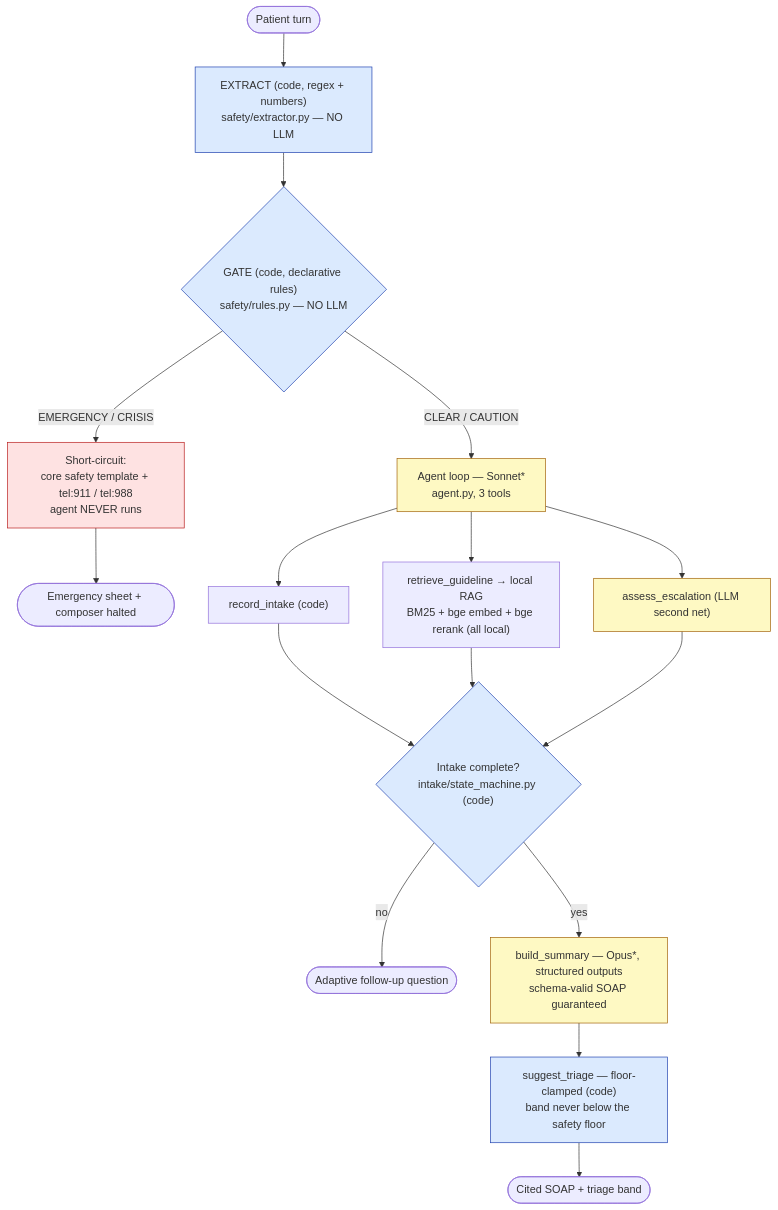
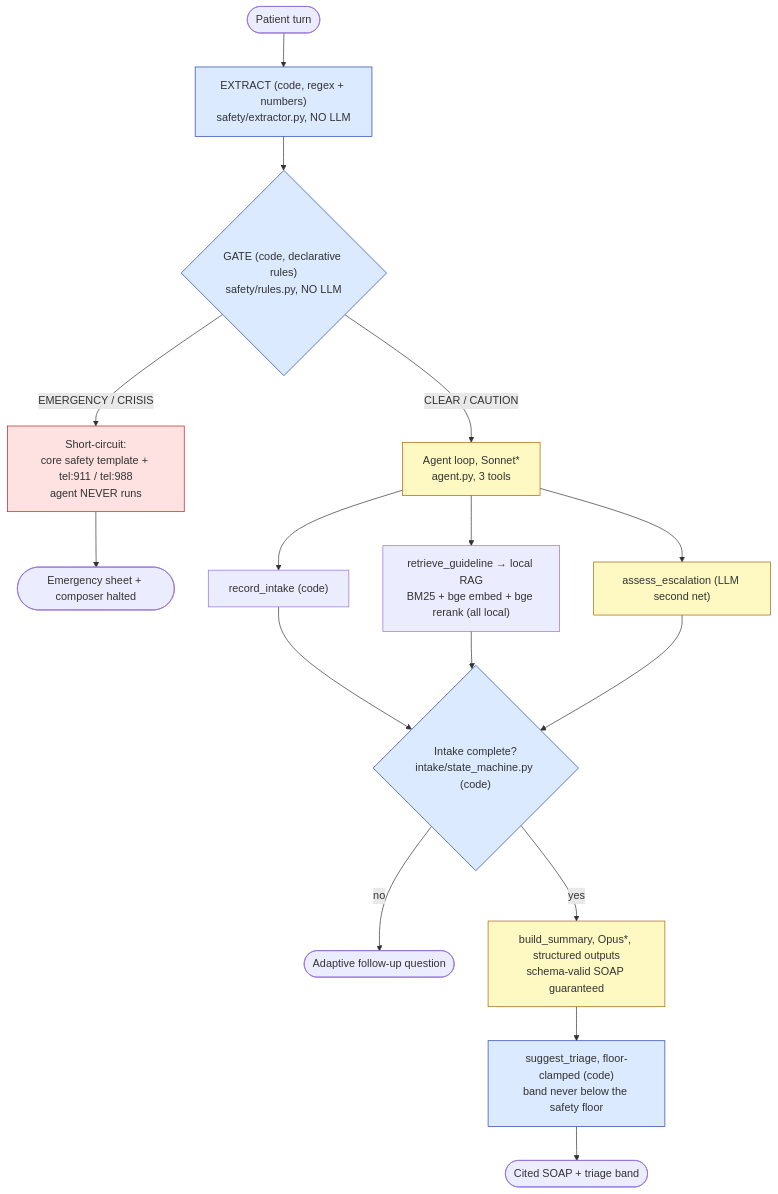
One commit to dataraptor/scribeintake changed the first of 3 diagrams in docs/architecture.md. Above: the diagram before and after it, drawn with Mermaid. The commit also changed other lines of this file and 28 other files, not shown here.

````diff
--- a/docs/architecture.md
+++ b/docs/architecture.md
@@ -17,29 +16,29 @@
 ```mermaid
 flowchart TD
-    P([Patient turn]) --> EX["EXTRACT (code, regex + numbers)<br/>safety/extractor.py — NO LLM"]
-    EX --> GATE{"GATE (code, declarative rules)<br/>safety/rules.py — NO LLM"}
+    P([Patient turn]) --> EX["EXTRACT (code, regex + numbers)<br/>safety/extractor.py, NO LLM"]
+    EX --> GATE{"GATE (code, declarative rules)<br/>safety/rules.py, NO LLM"}
 
     GATE -- "EMERGENCY / CRISIS" --> SC["Short-circuit:<br/>core safety template + tel:911 / tel:988<br/>agent NEVER runs"]
     SC --> HALT([Emergency sheet + composer halted])
 
-    GATE -- "CLEAR / CAUTION" --> AG["Agent loop — Sonnet*<br/>agent.py, 3 tools"]
+    GATE -- "CLEAR / CAUTION" --> AG["Agent loop, Sonnet*<br/>agent.py, 3 tools"]
     AG --> T1["record_intake (code)"]
     AG --> T2["retrieve_guideline → local RAG<br/>BM25 + bge embed + bge rerank (all local)"]
     AG --> T3["assess_escalation (LLM second net)"]
     T1 --> CMP{"Intake complete?<br/>intake/state_machine.py (code)"}
     T2 --> CMP
     T3 --> CMP
     CMP -- no --> Q([Adaptive follow-up question])
-    CMP -- yes --> BS["build_summary — Opus*, structured outputs<br/>schema-valid SOAP guaranteed"]
-    BS --> TR["suggest_triage — floor-clamped (code)<br/>band never below the safety floor"]
+    CMP -- yes --> BS["build_summary, Opus*, structured outputs<br/>schema-valid SOAP guaranteed"]
+    BS --> TR["suggest_triage, floor-clamped (code)<br/>band never below the safety floor"]
     TR --> OUT([Cited SOAP + triage band])
 
     style EX fill:#dbeafe,stroke:#1e40af
     style GATE fill:#dbeafe,stroke:#1e40af
     style SC fill:#fee2e2,stroke:#b91c1c
     style CMP fill:#dbeafe,stroke:#1e40af
     style TR fill:#dbeafe,stroke:#1e40af
     style AG fill:#fef9c3,stroke:#a16207
     style T3 fill:#fef9c3,stroke:#a16207
     style BS fill:#fef9c3,stroke:#a16207
 ```
````
